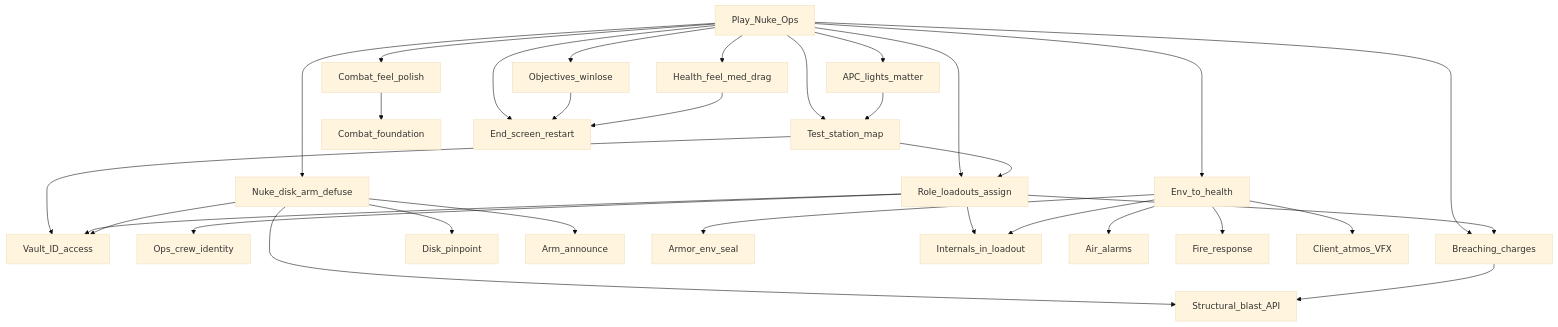
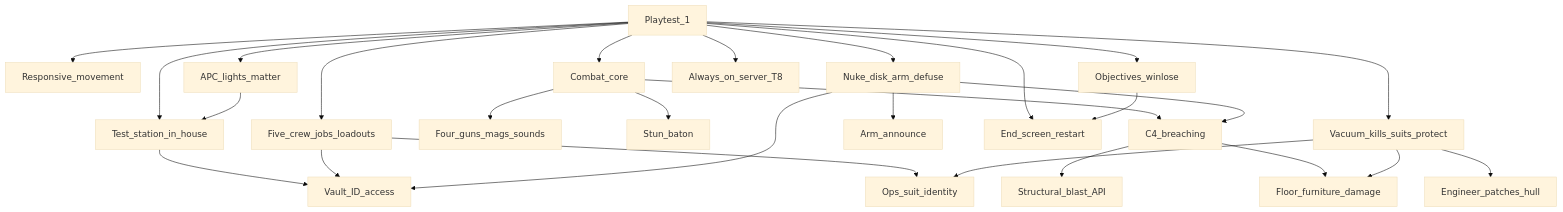
Before and after one commit to henkhooft/SS3D: the diagram in Documents/milestones/mvp1-nuke-ops.md, drawn with Mermaid (base theme). The commit also changed other lines of this file and 11 other files, not shown here.

````diff
--- a/Documents/milestones/mvp1-nuke-ops.md
+++ b/Documents/milestones/mvp1-nuke-ops.md
@@ -29,56 +38,50 @@
 ```mermaid
 flowchart TB
-  mvp1[Play_Nuke_Ops]
-  map[Test_station_map]
-  loadout[Role_loadouts_assign]
+  mvp1[Playtest_1]
+  map[Test_station_in_house]
+  roles[Five_crew_jobs_loadouts]
   access[Vault_ID_access]
-  identity[Ops_crew_identity]
-  combat[Combat_foundation]
-  polish[Combat_feel_polish]
-  healthfeel[Health_feel_med_drag]
+  identity[Ops_suit_identity]
+  move[Responsive_movement]
+  combatcore[Combat_core]
+  arsenal[Four_guns_mags_sounds]
+  baton[Stun_baton]
+  c4[C4_breaching]
   struct[Structural_blast_API]
-  breach[Breaching_charges]
+  floors[Floor_furniture_damage]
   nuke[Nuke_disk_arm_defuse]
-  locator[Disk_pinpoint]
   announce[Arm_announce]
   mode[Objectives_winlose]
   roundend[End_screen_restart]
-  env[Env_to_health]
-  armorseal[Armor_env_seal]
-  internals[Internals_in_loadout]
-  alarms[Air_alarms]
-  fire[Fire_response]
+  vacuum[Vacuum_kills_suits_protect]
+  patch[Engineer_patches_hull]
   power[APC_lights_matter]
-  atmosvfx[Client_atmos_VFX]
+  server[Always_on_server_T8]
 
   mvp1 --> map
-  mvp1 --> loadout
-  mvp1 --> polish
-  mvp1 --> healthfeel
+  mvp1 --> roles
+  mvp1 --> move
+  mvp1 --> combatcore
   mvp1 --> nuke
   mvp1 --> mode
   mvp1 --> roundend
-  mvp1 --> env
-  mvp1 --> breach
+  mvp1 --> vacuum
   mvp1 --> power
-  map --> loadout
+  mvp1 --> server
   map --> access
-  loadout --> access
-  loadout --> identity
-  loadout --> internals
-  loadout --> breach
-  polish --> combat
-  nuke --> struct
-  nuke --> locator
+  roles --> access
+  roles --> identity
+  combatcore --> arsenal
+  combatcore --> baton
+  combatcore --> c4
+  c4 --> struct
+  c4 --> floors
+  nuke --> access
   nuke --> announce
-  nuke --> access
-  breach --> struct
+  nuke --> c4
   mode --> roundend
-  env --> armorseal
-  env --> internals
-  env --> alarms
-  env --> fire
-  env --> atmosvfx
-  healthfeel --> roundend
+  vacuum --> floors
+  vacuum --> patch
+  vacuum --> identity
   power --> map
 ```
````
